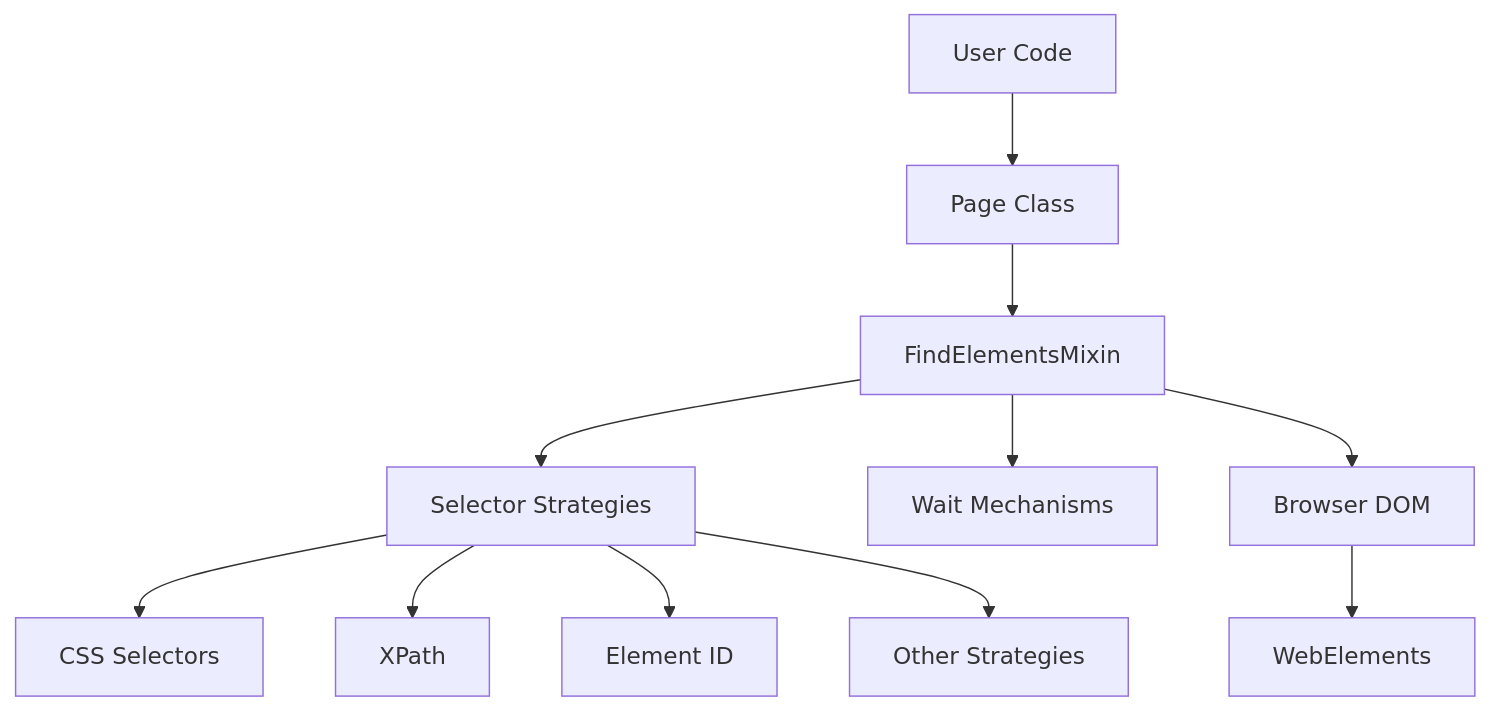
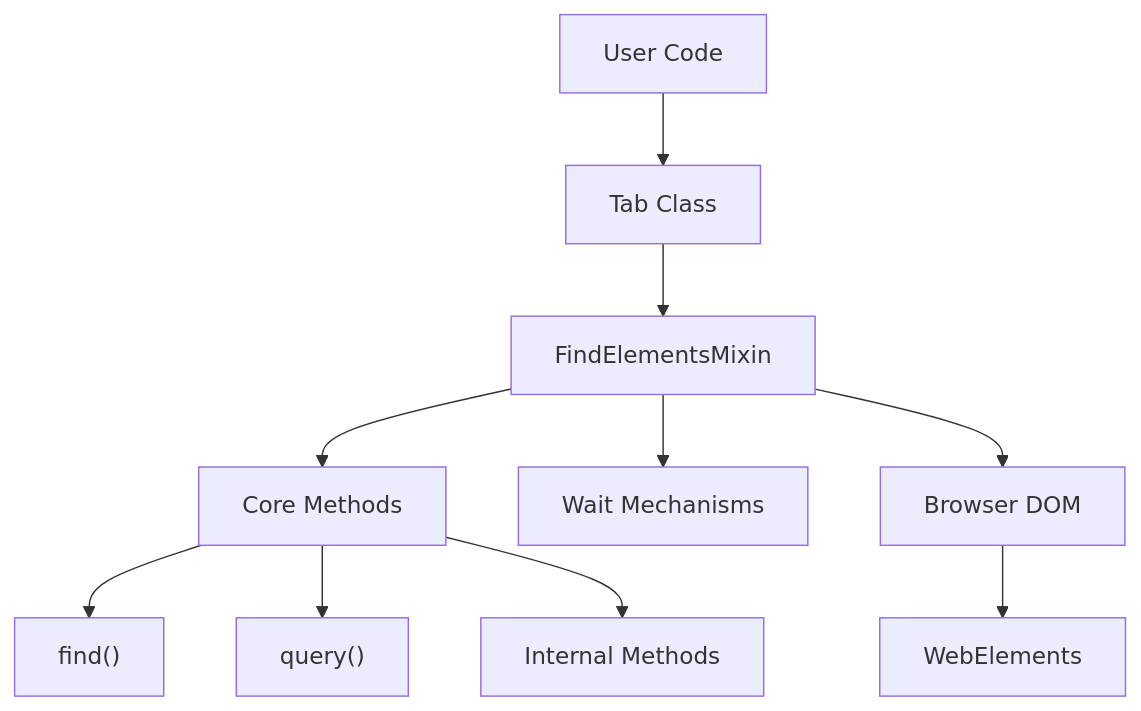
The first of 3 diagrams in docs/deep-dive/find-elements-mixin.md (yie1d/pydoll), drawn with Mermaid before and after one commit. The commit also changed other lines of this file and 38 other files, not shown here.

````diff
--- a/docs/deep-dive/find-elements-mixin.md
+++ b/docs/deep-dive/find-elements-mixin.md
@@ -5,15 +5,14 @@
 ```mermaid
 graph TB
-    User[User Code] --> Page[Page Class]
-    Page --> Mixin[FindElementsMixin]
-    Mixin --> Selectors[Selector Strategies]
-    Mixin --> Wait[Wait Mechanisms]
+    User["User Code"] --> Tab["Tab Class"]
+    Tab --> Mixin["FindElementsMixin"]
+    Mixin --> Methods["Core Methods"]
+    Mixin --> Wait["Wait Mechanisms"]
     
-    Selectors --> CSS[CSS Selectors]
-    Selectors --> XPath[XPath]
-    Selectors --> ID[Element ID]
-    Selectors --> Other[Other Strategies]
+    Methods --> Find["find()"]
+    Methods --> Query["query()"]
+    Methods --> Internal["Internal Methods"]
     
-    Mixin --> DOM[Browser DOM]
-    DOM --> Elements[WebElements]
+    Mixin --> DOM["Browser DOM"]
+    DOM --> Elements["WebElements"]
 ```
````
